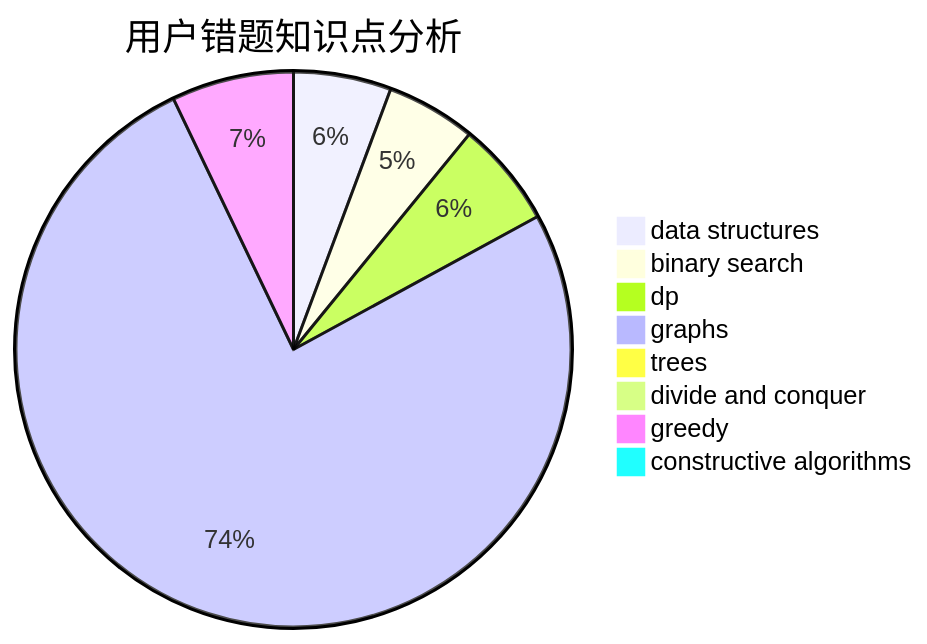
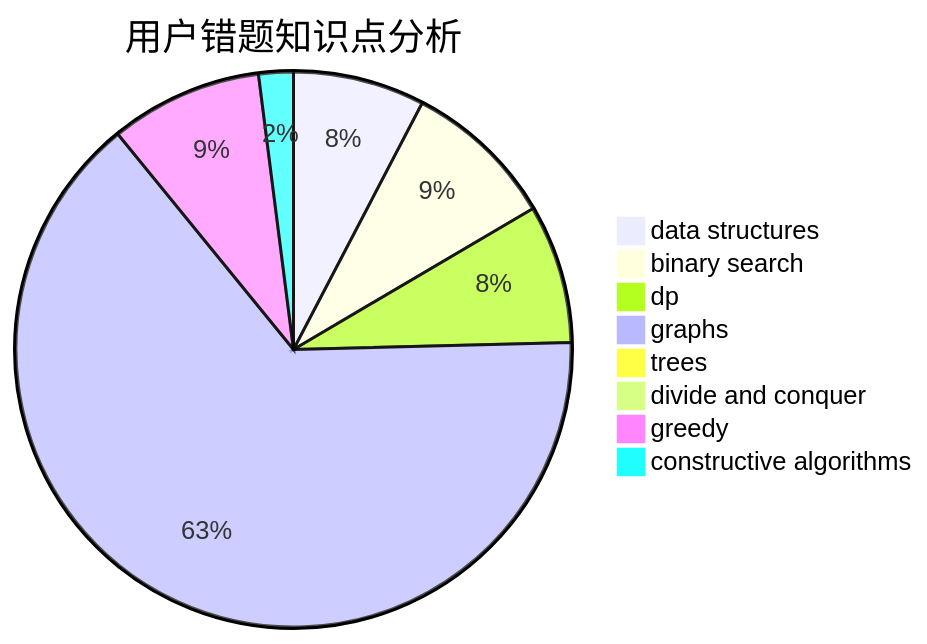
The third of 3 diagrams in docs/user/u189.md (sherpahu/cfrs.github.io), drawn with Mermaid before and after one commit. The commit also changed other lines of this file and 2770 other files, not shown here.

````diff
--- a/docs/user/u189.md
+++ b/docs/user/u189.md
@@ -36,11 +36,11 @@
 ```mermaid
 pie title 用户错题知识点分析
-    "data structures" :  12
-    "binary search" :  11
-    "dp" :  13
+    "data structures" :  19
+    "binary search" :  22
+    "dp" :  20
     "graphs" :  160
     "trees" :  2
     "divide and conquer" :  2
-    "greedy" :  15
-    "constructive algorithms" :  2
+    "greedy" :  22
+    "constructive algorithms" :  5
 ```
````
